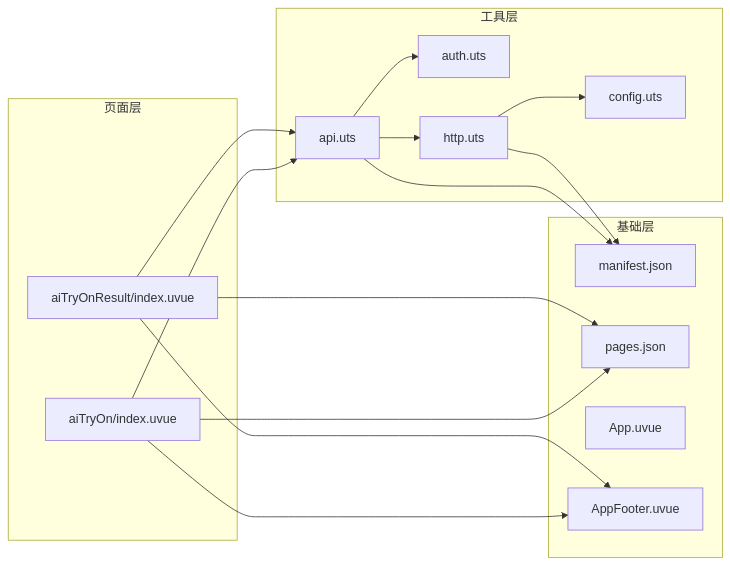
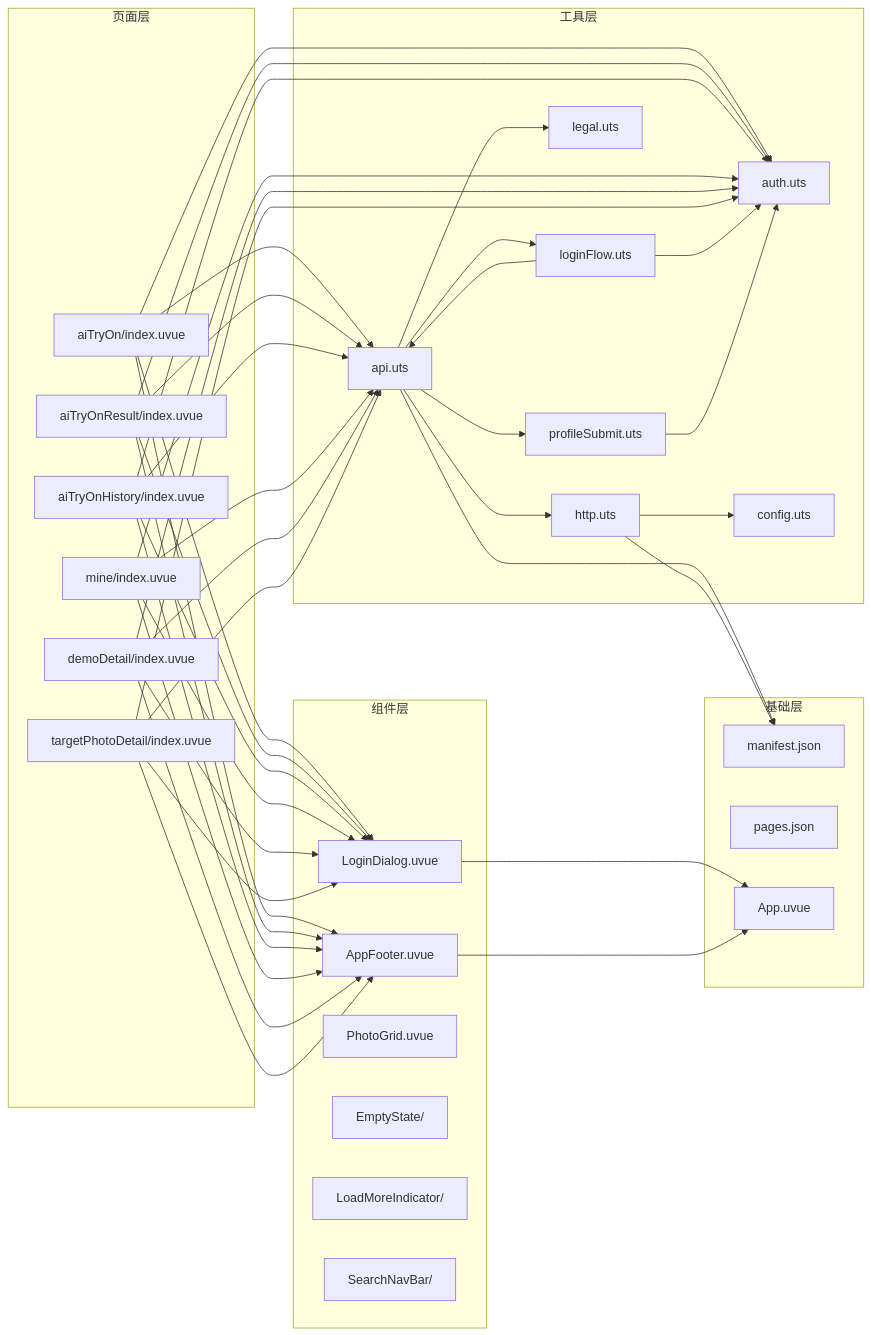
One commit to crazyma99/blueberry changed diagram 18 of 18 in .qoder/repowiki/zh/content/核心功能模块/AI试衣功能.md. Above: the diagram before and after it, drawn with Mermaid. The commit also changed other lines of this file and 7 other files, not shown here.

````diff
--- a/.qoder/repowiki/zh/content/核心功能模块/AI试衣功能.md
+++ b/.qoder/repowiki/zh/content/核心功能模块/AI试衣功能.md
@@ -378,30 +792,69 @@
 ```mermaid
 graph LR
 subgraph "页面层"
 A[aiTryOn/index.uvue]
 B[aiTryOnResult/index.uvue]
+C[aiTryOnHistory/index.uvue]
+D[mine/index.uvue]
+E[demoDetail/index.uvue]
+F[targetPhotoDetail/index.uvue]
 end
 subgraph "工具层"
-C[api.uts]
-D[auth.uts]
-E[http.uts]
-F[config.uts]
+G[api.uts]
+H[auth.uts]
+I[http.uts]
+J[config.uts]
+K[loginFlow.uts]
+L[profileSubmit.uts]
+M[legal.uts]
+end
+subgraph "组件层"
+N[LoginDialog.uvue]
+O[AppFooter.uvue]
+P[PhotoGrid.uvue]
+Q[EmptyState/]
+R[LoadMoreIndicator/]
+S[SearchNavBar/]
 end
 subgraph "基础层"
-G[manifest.json]
-H[pages.json]
-I[App.uvue]
-J[AppFooter.uvue]
+T[manifest.json]
+U[pages.json]
+V[App.uvue]
 end
-A --> C
-B --> C
-C --> D
-C --> E
-E --> F
+A --> G
+B --> G
+C --> G
+D --> G
+E --> G
+F --> G
 A --> H
 B --> H
-A --> J
-B --> J
-C --> G
-E --> G
+C --> H
+D --> H
+E --> H
+F --> H
+G --> K
+G --> L
+G --> M
+K --> H
+K --> G
+L --> H
+G --> I
+I --> J
+A --> N
+B --> N
+C --> N
+D --> N
+E --> N
+F --> N
+A --> O
+B --> O
+C --> O
+D --> O
+E --> O
+F --> O
+G --> T
+I --> T
+N --> V
+O --> V
 ```
````
